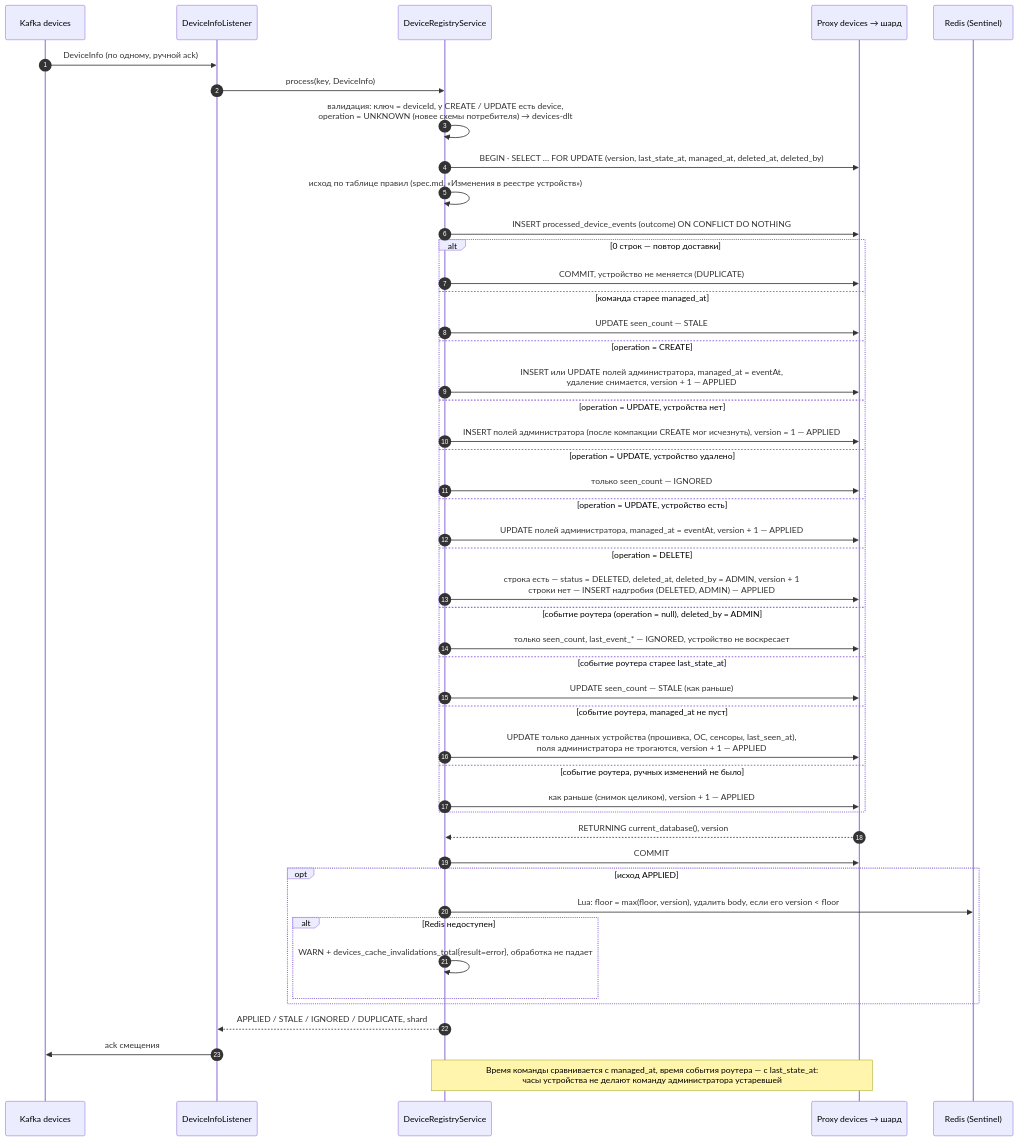
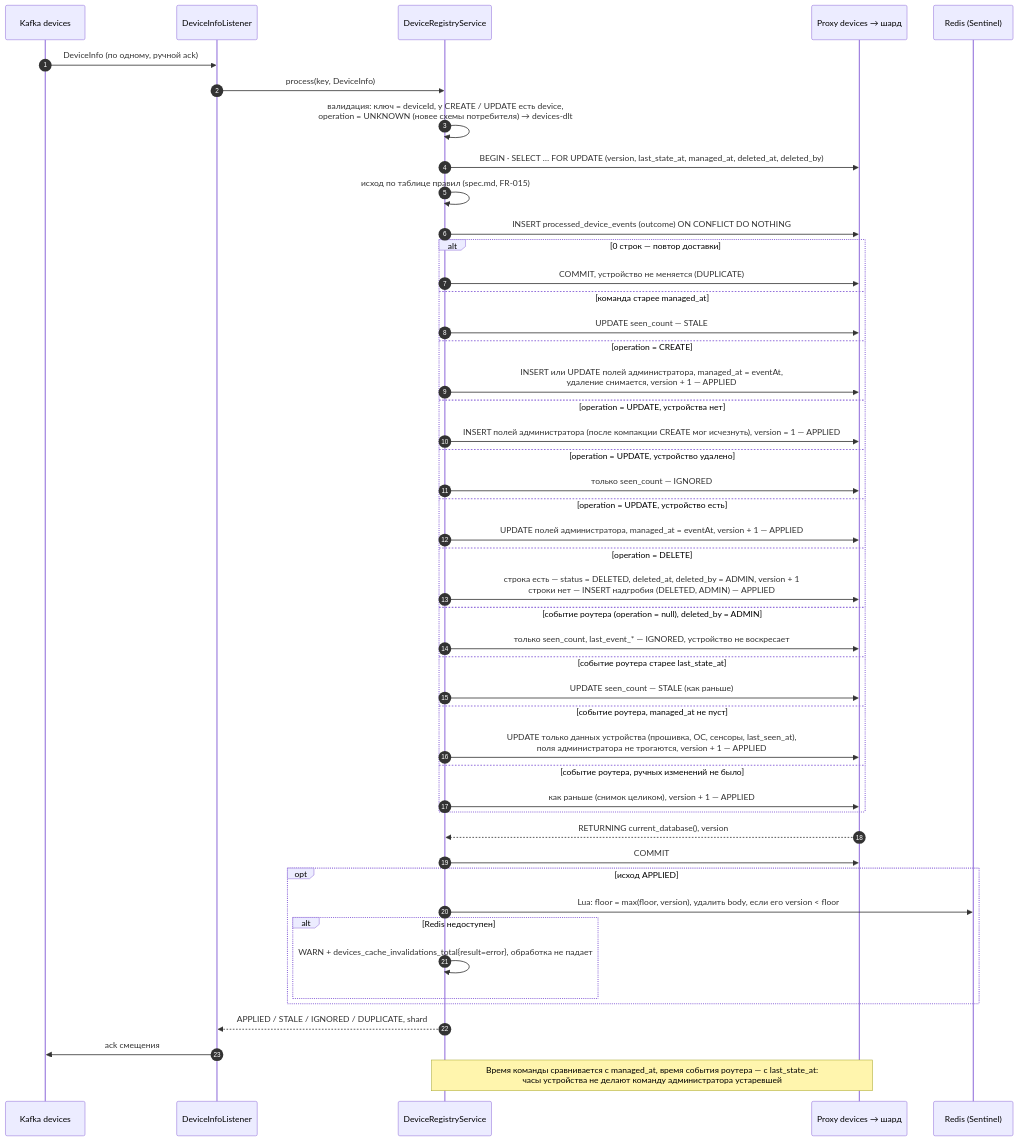
One commit to gluhov-d/iot-platform changed the diagram in diagrams/dcs-operations-sequence.mmd. Above: the diagram before and after it, drawn with Mermaid. The commit also changed 41 other files, not shown here.

```diff
--- a/diagrams/dcs-operations-sequence.mmd
+++ b/diagrams/dcs-operations-sequence.mmd
@@ -1,49 +1,49 @@
 %% device-collector-service: команды CREATE / UPDATE / DELETE и события роутера после ручных изменений (ADR-0005)
 sequenceDiagram
     autonumber
     participant K as Kafka devices
     participant L as DeviceInfoListener
     participant S as DeviceRegistryService
     participant P as Proxy devices → шард
     participant RD as Redis (Sentinel)
 
     K->>L: DeviceInfo (по одному, ручной ack)
     L->>S: process(key, DeviceInfo)
     S->>S: валидация: ключ = deviceId, у CREATE / UPDATE есть device,<br/>operation = UNKNOWN (новее схемы потребителя) → devices-dlt
     S->>P: BEGIN · SELECT … FOR UPDATE (version, last_state_at, managed_at, deleted_at, deleted_by)
-    S->>S: исход по таблице правил (spec.md, «Изменения в реестре устройств»)
+    S->>S: исход по таблице правил (spec.md, FR-015)
     S->>P: INSERT processed_device_events (outcome) ON CONFLICT DO NOTHING
     alt 0 строк — повтор доставки
         S->>P: COMMIT, устройство не меняется (DUPLICATE)
     else команда старее managed_at
         S->>P: UPDATE seen_count — STALE
     else operation = CREATE
         S->>P: INSERT или UPDATE полей администратора, managed_at = eventAt,<br/>удаление снимается, version + 1 — APPLIED
     else operation = UPDATE, устройства нет
         S->>P: INSERT полей администратора (после компакции CREATE мог исчезнуть), version = 1 — APPLIED
     else operation = UPDATE, устройство удалено
         S->>P: только seen_count — IGNORED
     else operation = UPDATE, устройство есть
         S->>P: UPDATE полей администратора, managed_at = eventAt, version + 1 — APPLIED
     else operation = DELETE
         S->>P: строка есть — status = DELETED, deleted_at, deleted_by = ADMIN, version + 1<br/>строки нет — INSERT надгробия (DELETED, ADMIN) — APPLIED
     else событие роутера (operation = null), deleted_by = ADMIN
         S->>P: только seen_count, last_event_* — IGNORED, устройство не воскресает
     else событие роутера старее last_state_at
         S->>P: UPDATE seen_count — STALE (как раньше)
     else событие роутера, managed_at не пуст
         S->>P: UPDATE только данных устройства (прошивка, ОС, сенсоры, last_seen_at),<br/>поля администратора не трогаются, version + 1 — APPLIED
     else событие роутера, ручных изменений не было
         S->>P: как раньше (снимок целиком), version + 1 — APPLIED
     end
     P-->>S: RETURNING current_database(), version
     S->>P: COMMIT
     opt исход APPLIED
         S->>RD: Lua: floor = max(floor, version), удалить body, если его version < floor
         alt Redis недоступен
             S->>S: WARN + devices_cache_invalidations_total{result=error}, обработка не падает
         end
     end
     S-->>L: APPLIED / STALE / IGNORED / DUPLICATE, shard
     L->>K: ack смещения
     Note over S,P: Время команды сравнивается с managed_at, время события роутера — с last_state_at:<br/>часы устройства не делают команду администратора устаревшей
```
